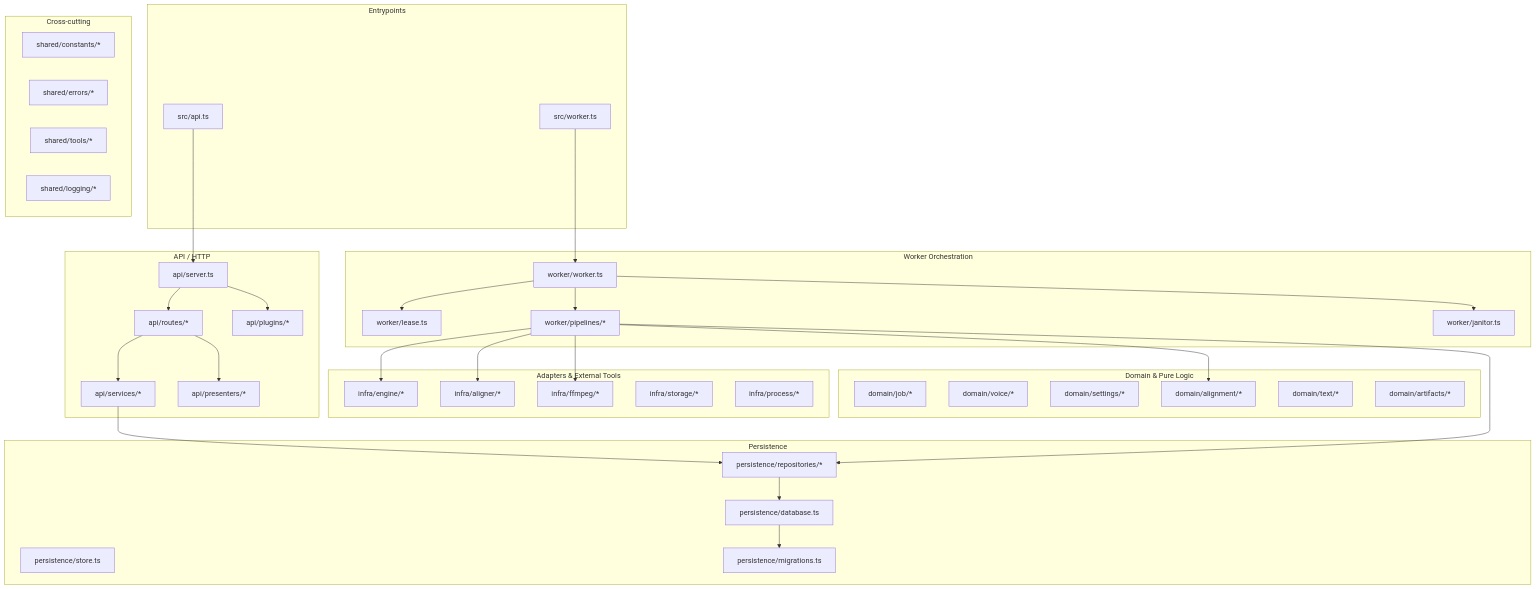
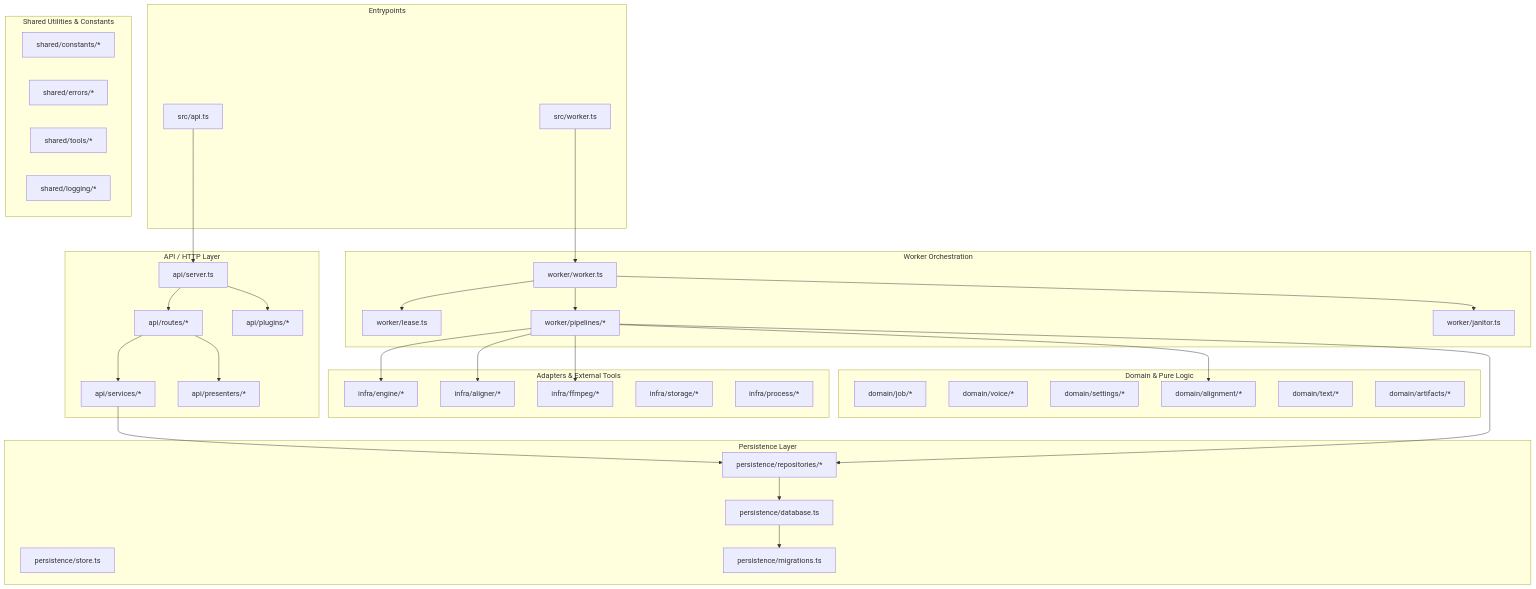
Before and after one commit to jmcamposdev/self-hosted-tts: the diagram in docs/architecture.md, drawn with Mermaid. The commit also changed other lines of this file and 6 other files, not shown here.

````diff
--- a/docs/architecture.md
+++ b/docs/architecture.md
@@ -7,72 +7,72 @@
 ```mermaid
 flowchart TD
   subgraph Entrypoints
     API_EP[src/api.ts]
     WORKER_EP[src/worker.ts]
   end
 
-  subgraph API_Layer [API / HTTP]
+  subgraph API_Layer [API / HTTP Layer]
     Server[api/server.ts]
     Routes[api/routes/*]
     Services[api/services/*]
     Presenters[api/presenters/*]
     Plugins[api/plugins/*]
   end
 
   subgraph Worker_Layer [Worker Orchestration]
     WorkerLoop[worker/worker.ts]
     Lease[worker/lease.ts]
     Janitor[worker/janitor.ts]
     Pipelines[worker/pipelines/*]
   end
 
   subgraph Domain_Layer [Domain & Pure Logic]
     JobDomain[domain/job/*]
     VoiceDomain[domain/voice/*]
     SettingsDomain[domain/settings/*]
     AlignDomain[domain/alignment/*]
     TextDomain[domain/text/*]
     ArtifactsDomain[domain/artifacts/*]
   end
 
-  subgraph Persistence_Layer [Persistence]
+  subgraph Persistence_Layer [Persistence Layer]
     Store[persistence/store.ts]
     Database[persistence/database.ts]
     Migrations[persistence/migrations.ts]
     Repos[persistence/repositories/*]
   end
 
   subgraph Infra_Layer [Adapters & External Tools]
     EngineAdapter[infra/engine/*]
     AlignerAdapter[infra/aligner/*]
     FFmpegAdapter[infra/ffmpeg/*]
     StorageLayout[infra/storage/*]
     ProcessRunner[infra/process/*]
   end
 
-  subgraph Shared_Layer [Cross-cutting]
+  subgraph Shared_Layer [Shared Utilities & Constants]
     Constants[shared/constants/*]
     Errors[shared/errors/*]
     Tools[shared/tools/*]
     Logging[shared/logging/*]
   end
 
   API_EP --> Server
   WORKER_EP --> WorkerLoop
 
   Server --> Routes --> Services --> Repos
   Routes --> Presenters
   Server --> Plugins
 
   WorkerLoop --> Lease
   WorkerLoop --> Pipelines
   WorkerLoop --> Janitor
 
   Pipelines --> EngineAdapter
   Pipelines --> AlignerAdapter
   Pipelines --> FFmpegAdapter
   Pipelines --> AlignDomain
   Pipelines --> Repos
 
   Repos --> Database --> Migrations
 ```
````
